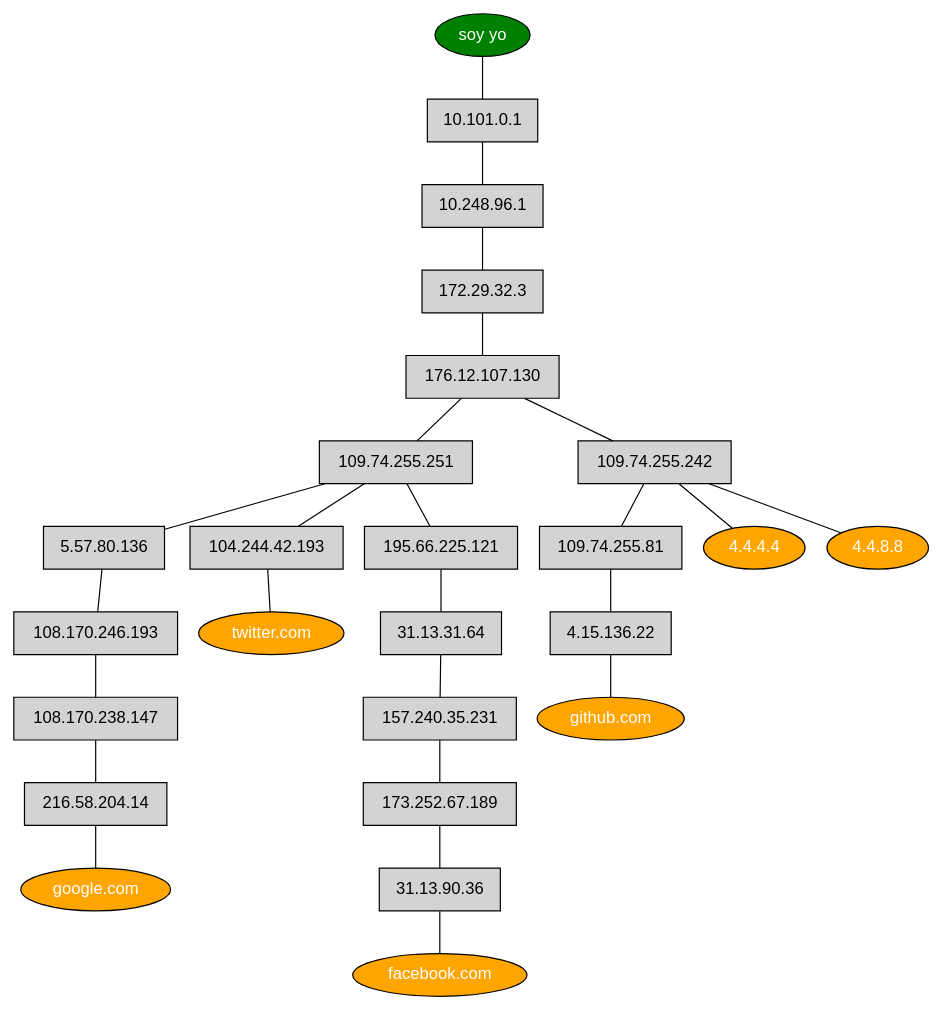
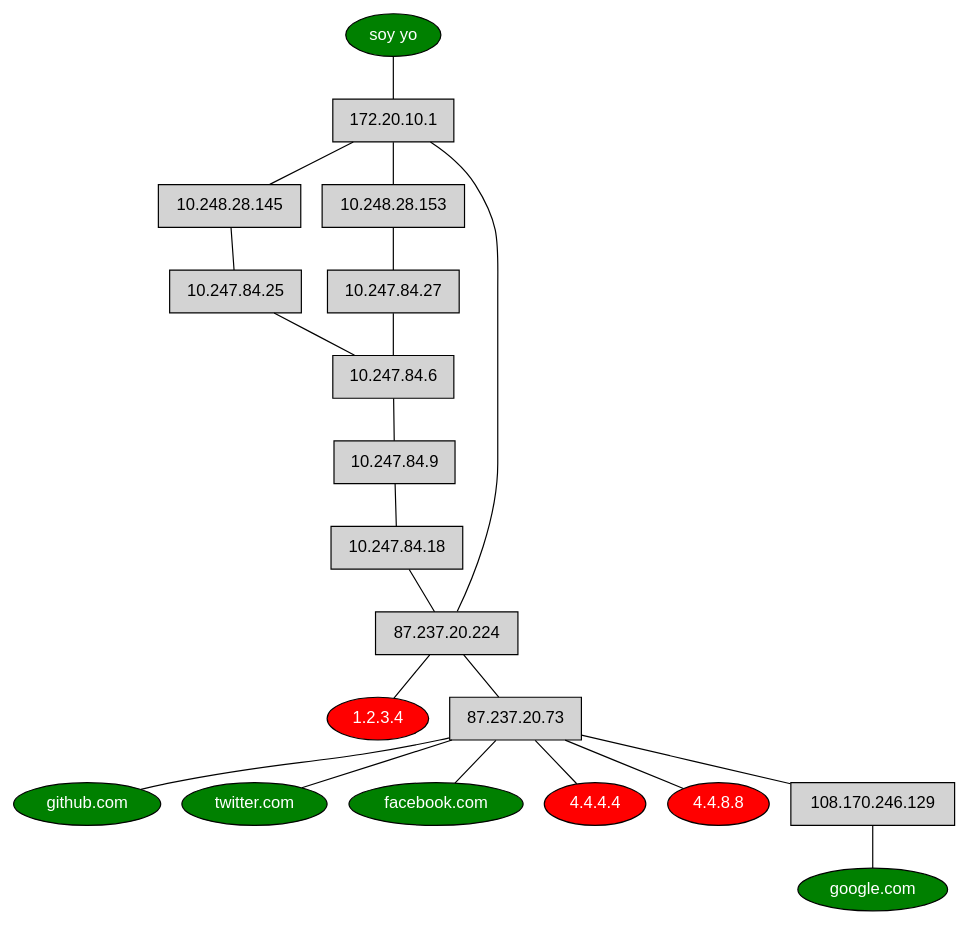
One commit to deanturpin/hosts2dot changed the diagram in example.dot. Above: the diagram before and after it, drawn with Graphviz. The commit also changed 3 other files, not shown here.

```diff
--- a/example.dot
+++ b/example.dot
@@ -1,18 +1,20 @@
 strict graph {
 
   node [shape=rectangle style=filled fontname=helvetica]
   "soy yo" [fillcolor=green shape=oval fontcolor=white]
 
-	"soy yo"--"10.101.0.1"--"10.248.96.1"--"172.29.32.3"--"176.12.107.130"--"109.74.255.251"--"5.57.80.136"--"108.170.246.193"--"108.170.238.147"--"216.58.204.14"--"google.com"
-	"google.com" [fillcolor=orange shape=oval fontcolor=white]
-	"soy yo"--"10.101.0.1"--"10.248.96.1"--"172.29.32.3"--"176.12.107.130"--"109.74.255.242"--"109.74.255.81"--"4.15.136.22"--"github.com"
-	"github.com" [fillcolor=orange shape=oval fontcolor=white]
-	"soy yo"--"10.101.0.1"--"10.248.96.1"--"172.29.32.3"--"176.12.107.130"--"109.74.255.251"--"104.244.42.193"--"twitter.com"
-	"twitter.com" [fillcolor=orange shape=oval fontcolor=white]
-	"soy yo"--"10.101.0.1"--"10.248.96.1"--"172.29.32.3"--"176.12.107.130"--"109.74.255.251"--"195.66.225.121"--"31.13.31.64"--"157.240.35.231"--"173.252.67.189"--"31.13.90.36"--"facebook.com"
-	"facebook.com" [fillcolor=orange shape=oval fontcolor=white]
-	"soy yo"--"10.101.0.1"--"10.248.96.1"--"172.29.32.3"--"176.12.107.130"--"109.74.255.242"--"4.4.4.4"
-	"4.4.4.4" [fillcolor=orange shape=oval fontcolor=white]
-	"soy yo"--"10.101.0.1"--"10.248.96.1"--"172.29.32.3"--"176.12.107.130"--"109.74.255.242"--"4.4.8.8"
-	"4.4.8.8" [fillcolor=orange shape=oval fontcolor=white]
+  "google.com" [fillcolor=green shape=oval fontcolor=white]
+  "github.com" [fillcolor=green shape=oval fontcolor=white]
+  "twitter.com" [fillcolor=green shape=oval fontcolor=white]
+  "facebook.com" [fillcolor=green shape=oval fontcolor=white]
+  "4.4.4.4" [fillcolor=red shape=oval fontcolor=white]
+  "4.4.8.8" [fillcolor=red shape=oval fontcolor=white]
+  "1.2.3.4" [fillcolor=red shape=oval fontcolor=white]
+  "soy yo"--"172.20.10.1"--"10.248.28.145"--"10.247.84.25"--"10.247.84.6"--"10.247.84.9"--"10.247.84.18"--"87.237.20.224"--"87.237.20.73"--"108.170.246.129"--"google.com"
+  "soy yo"--"172.20.10.1"--"10.248.28.145"--"10.247.84.25"--"10.247.84.6"--"10.247.84.9"--"10.247.84.18"--"87.237.20.224"--"87.237.20.73"--"github.com"
+  "soy yo"--"172.20.10.1"--"10.248.28.145"--"10.247.84.25"--"10.247.84.6"--"10.247.84.9"--"10.247.84.18"--"87.237.20.224"--"87.237.20.73"--"twitter.com"
+  "soy yo"--"172.20.10.1"--"10.248.28.153"--"10.247.84.27"--"10.247.84.6"--"10.247.84.9"--"10.247.84.18"--"87.237.20.224"--"87.237.20.73"--"facebook.com"
+  "soy yo"--"172.20.10.1"--"87.237.20.224"--"87.237.20.73"--"4.4.4.4"
+  "soy yo"--"172.20.10.1"--"10.248.28.145"--"10.247.84.25"--"10.247.84.6"--"10.247.84.9"--"10.247.84.18"--"87.237.20.224"--"87.237.20.73"--"4.4.8.8"
+  "soy yo"--"172.20.10.1"--"10.248.28.145"--"10.247.84.25"--"10.247.84.6"--"10.247.84.9"--"10.247.84.18"--"87.237.20.224"--"1.2.3.4"
 }
```
